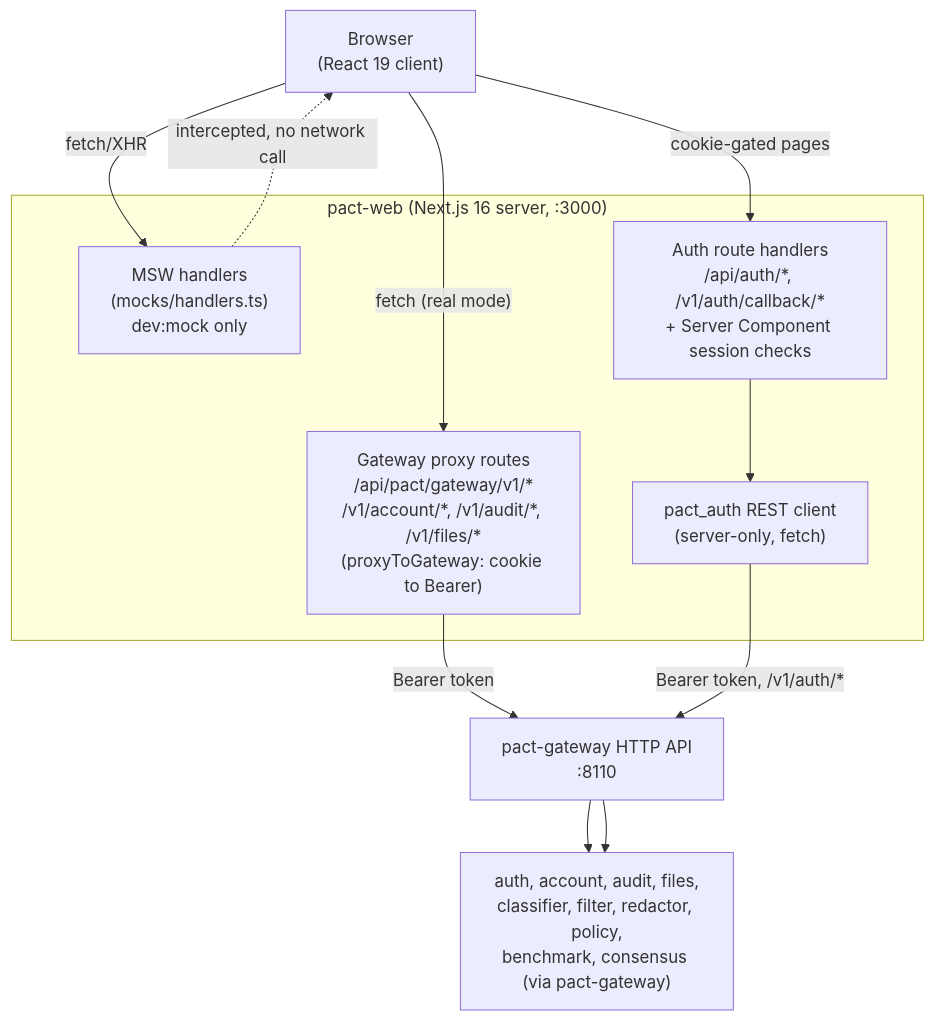
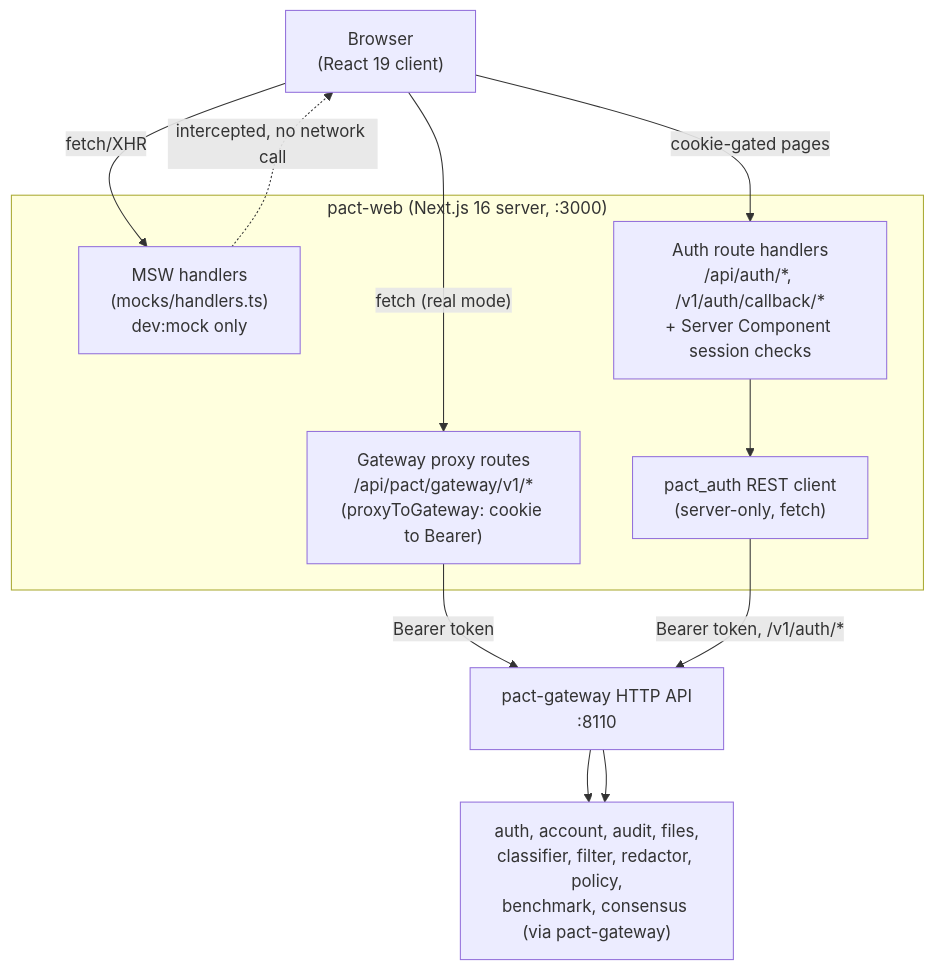
One commit to PACT-Toolkit/pact-web changed the diagram in README.md. Above: the diagram before and after it, drawn with Mermaid. The commit also changed other lines of this file and 6 other files, not shown here.

Commit message:
🔥 remove the unused app/v1 gateway mirror routes (#230)

````diff
--- a/README.md
+++ b/README.md
@@ -18,27 +18,27 @@
 ```mermaid
 flowchart TB
     Browser["Browser<br/>(React 19 client)"]
 
     subgraph web["pact-web (Next.js 16 server, :3000)"]
         MSW["MSW handlers<br/>(mocks/handlers.ts)<br/>dev:mock only"]
-        ProxyRoutes["Gateway proxy routes<br/>/api/pact/gateway/v1/*<br/>/v1/account/*, /v1/audit/*, /v1/files/*<br/>(proxyToGateway: cookie to Bearer)"]
+        ProxyRoutes["Gateway proxy routes<br/>/api/pact/gateway/v1/*<br/>(proxyToGateway: cookie to Bearer)"]
         AuthRoutes["Auth route handlers<br/>/api/auth/*, /v1/auth/callback/*<br/>+ Server Component session checks"]
         AuthClient["pact_auth REST client<br/>(server-only, fetch)"]
     end
 
     Gateway["pact-gateway HTTP API<br/>:8110"]
     Downstream["auth, account, audit, files,<br/>classifier, filter, redactor, policy,<br/>benchmark, consensus (via pact-gateway)"]
 
     Browser -->|"fetch/XHR"| MSW
     Browser -->|"fetch (real mode)"| ProxyRoutes
     Browser -->|"cookie-gated pages"| AuthRoutes
 
     MSW -. "intercepted, no network call" .-> Browser
 
     ProxyRoutes -->|"Bearer token"| Gateway
     Gateway --> Downstream
 
     AuthRoutes --> AuthClient
     AuthClient -->|"Bearer token, /v1/auth/*"| Gateway
     Gateway --> Downstream
 ```
````
